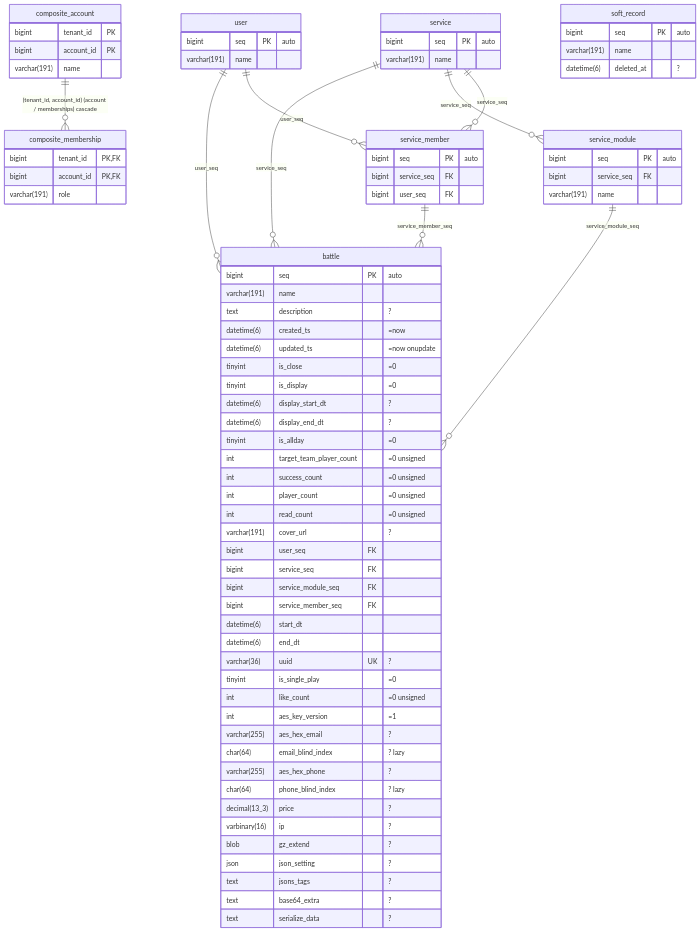
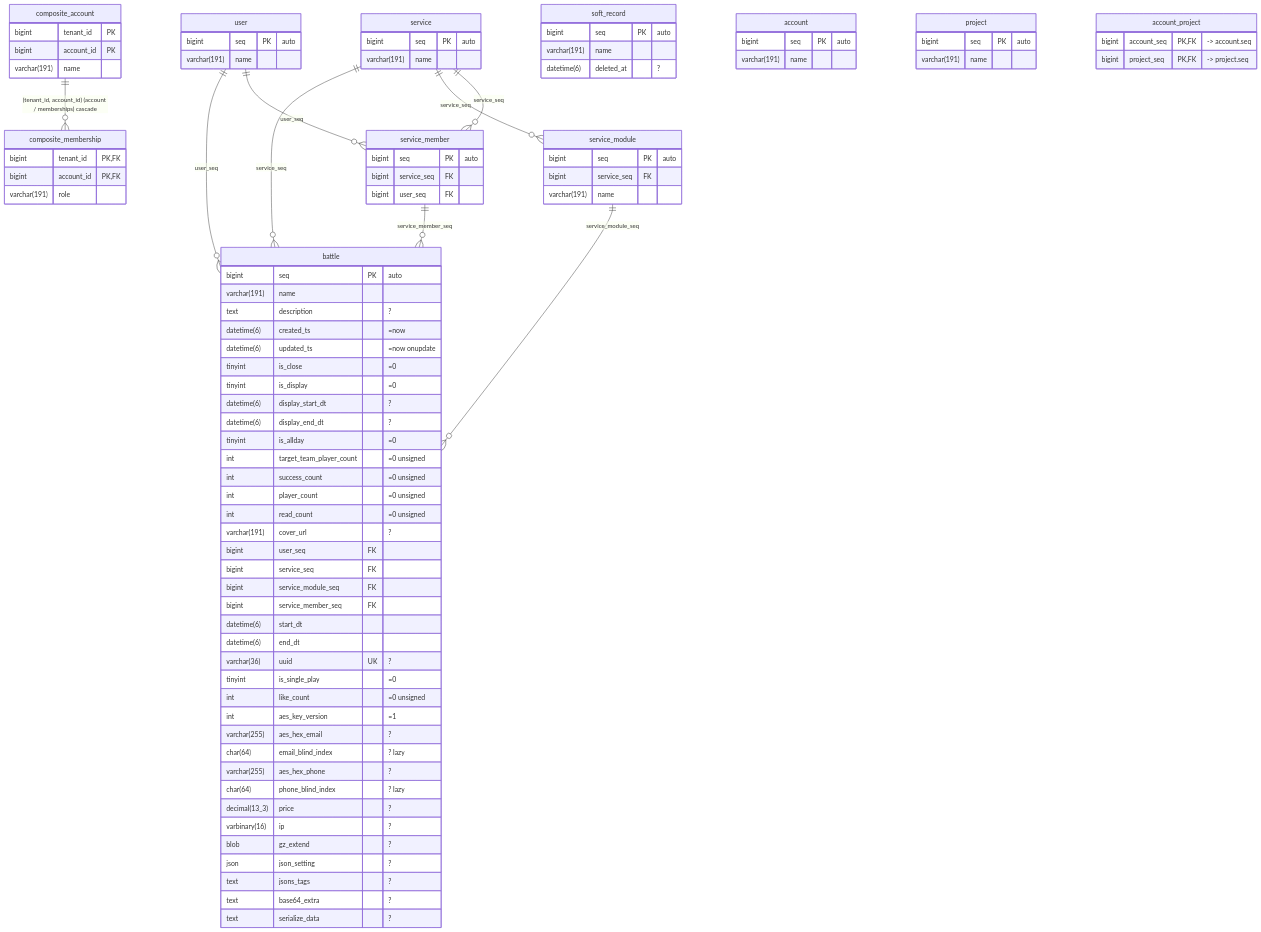
The diagram in schema/bench.mmd (polyspec/orm), drawn with Mermaid before and after one commit. The commit also changed 25 other files, not shown here.

```diff
--- a/schema/bench.mmd
+++ b/schema/bench.mmd
@@ -1,94 +1,107 @@
 erDiagram
   battle {
     bigint        seq                      PK  "auto"
     varchar(191)  name
     text          description                  "?"
     datetime(6)   created_ts                   "=now"
     datetime(6)   updated_ts                   "=now onupdate"
     tinyint       is_close                     "=0"
     tinyint       is_display                   "=0"
     datetime(6)   display_start_dt             "?"
     datetime(6)   display_end_dt               "?"
     tinyint       is_allday                    "=0"
     int           target_team_player_count     "=0 unsigned"
     int           success_count                "=0 unsigned"
     int           player_count                 "=0 unsigned"
     int           read_count                   "=0 unsigned"
     varchar(191)  cover_url                    "?"
     bigint        user_seq                 FK
     bigint        service_seq              FK
     bigint        service_module_seq       FK
     bigint        service_member_seq       FK
     datetime(6)   start_dt
     datetime(6)   end_dt
     varchar(36)   uuid                     UK  "?"
     tinyint       is_single_play               "=0"
     int           like_count                   "=0 unsigned"
     int           aes_key_version              "=1"
     varchar(255)  aes_hex_email                "?"
     char(64)      email_blind_index            "? lazy"
     varchar(255)  aes_hex_phone                "?"
     char(64)      phone_blind_index            "? lazy"
     decimal(13_3) price                        "?"
     varbinary(16) ip                           "?"
     blob          gz_extend                    "?"
     json          json_setting                 "?"
     text          jsons_tags                   "?"
     text          base64_extra                 "?"
     text          serialize_data               "?"
   }
   user {
     bigint        seq   PK "auto"
     varchar(191)  name
   }
   service {
     bigint        seq   PK "auto"
     varchar(191)  name
   }
   service_module {
     bigint        seq   PK "auto"
     bigint        service_seq FK
     varchar(191)  name
   }
   service_member {
     bigint        seq   PK "auto"
     bigint        service_seq FK
     bigint        user_seq    FK
   }
   composite_account {
     bigint        tenant_id PK
     bigint        account_id PK
     varchar(191)  name
   }
   composite_membership {
     bigint        tenant_id PK, FK
     bigint        account_id PK, FK
     varchar(191)  role
   }
   soft_record {
     bigint        seq PK "auto"
     varchar(191)  name
     datetime(6)   deleted_at "?"
   }
+  account {
+    bigint        seq PK "auto"
+    varchar(191)  name
+  }
+  project {
+    bigint        seq PK "auto"
+    varchar(191)  name
+  }
+  account_project {
+    bigint        account_seq PK, FK "-> account.seq"
+    bigint        project_seq PK, FK "-> project.seq"
+  }
 
   user           ||--o{ battle         : user_seq
   service        ||--o{ battle         : service_seq
   service_module ||--o{ battle         : service_module_seq
   service_member ||--o{ battle         : service_member_seq
   service        ||--o{ service_module : service_seq
   service        ||--o{ service_member : service_seq
   user           ||--o{ service_member : user_seq
   composite_account ||--o{ composite_membership : "(tenant_id, account_id) (account / memberships) cascade"
 
   %% index battle (service_module_seq, is_close, is_display, is_allday) ik
   %% index battle (service_seq, is_close) ix_service
   %% index battle (user_seq, is_close) ix_user
   %% index battle (email_blind_index) ix_email_blind_index
   %% index battle (phone_blind_index) ix_phone_blind_index
   %% blind_index battle aes_hex_email email_blind_index
   %% blind_index battle aes_hex_phone phone_blind_index
   %% scope battle service_seq
   %% fulltext battle (name, description)
   %% predicate battle visible : `is_close` = FALSE AND `is_display` = TRUE
   %% predicate battle started_after : `start_dt` > ?
   %% soft_delete soft_record deleted_at
+  %% many_to_many account project projects accounts through account_project
```
